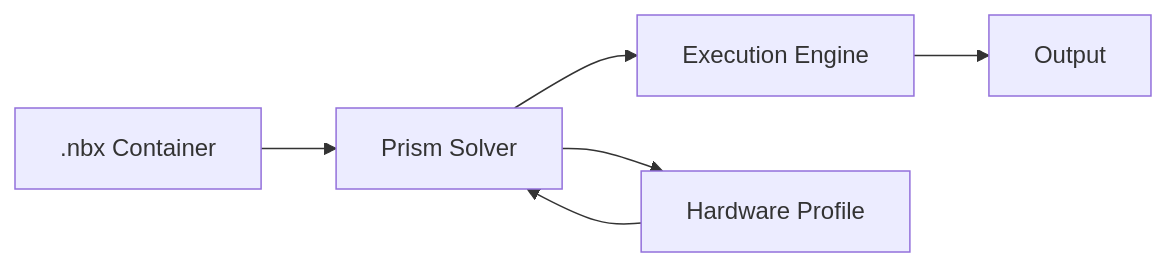
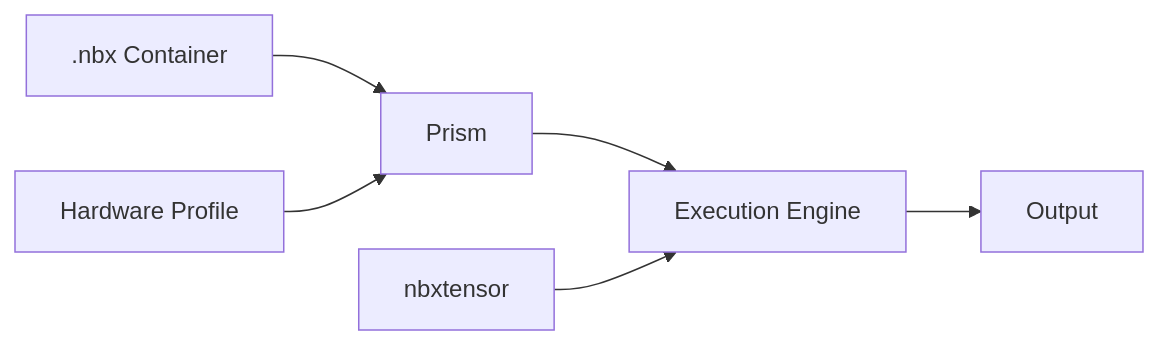
The diagram in docs/architecture/index.md (NeuroBrix/neurobrix), drawn with Mermaid before and after one commit. The commit also changed other lines of this file and 68 other files, not shown here.

````diff
--- a/docs/architecture/index.md
+++ b/docs/architecture/index.md
@@ -7,9 +7,8 @@
 ```mermaid
 graph LR
-    A[.nbx Container] --> B[Prism Solver]
+    A[.nbx Container] --> B[Prism]
+    E[Hardware Profile] --> B
     B --> C[Execution Engine]
     C --> D[Output]
-
-    B --> E[Hardware Profile]
-    E --> B
+    F[nbxtensor] --> C
 ```
````
